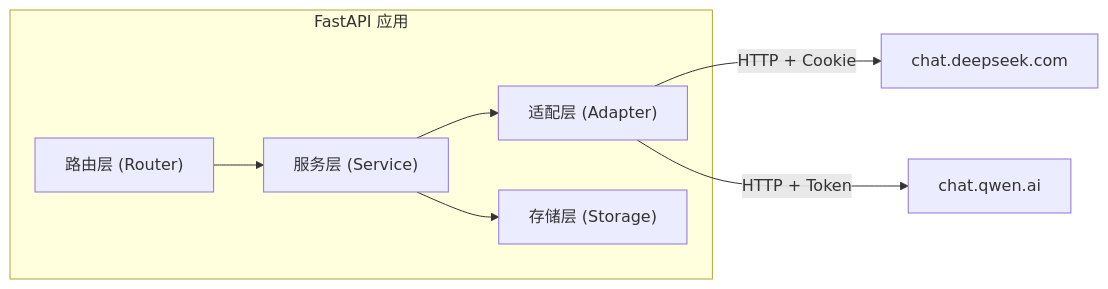
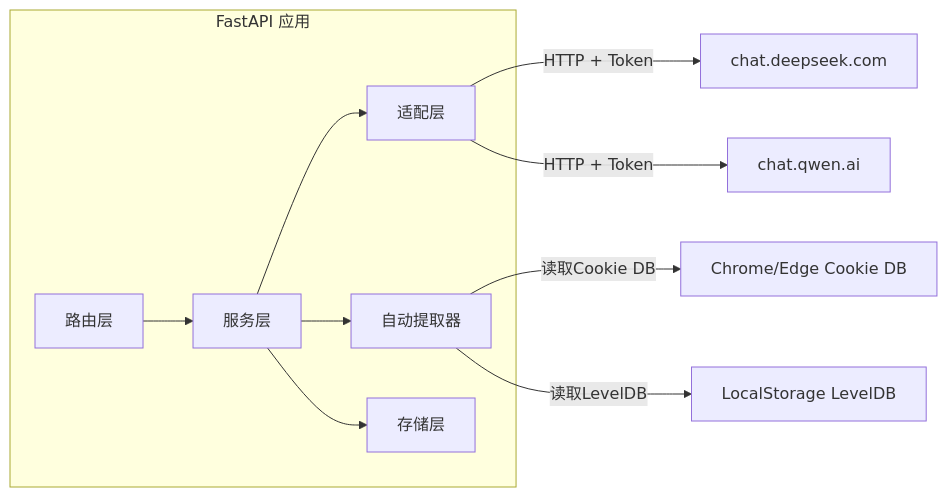
Before and after one commit to 46w57/CloudFlare-ImgBed: the second of 3 diagrams in zero-token-chat/.trae/documents/tech-arch.md, drawn with Mermaid. The commit also changed other lines of this file and 1 other file, not shown here.

````diff
--- a/zero-token-chat/.trae/documents/tech-arch.md
+++ b/zero-token-chat/.trae/documents/tech-arch.md
@@ -163,15 +172,19 @@
 ```mermaid
 graph LR
     subgraph "FastAPI 应用"
-        R["路由层 (Router)"]
-        S["服务层 (Service)"]
-        A["适配层 (Adapter)"]
-        ST["存储层 (Storage)"]
+        R["路由层"]
+        S["服务层"]
+        A["适配层"]
+        AE["自动提取器"]
+        ST["存储层"]
     end
 
     R --> S
     S --> A
+    S --> AE
     S --> ST
-    A -->|"HTTP + Cookie"| DSAPI["chat.deepseek.com"]
+    A -->|"HTTP + Token"| DSAPI["chat.deepseek.com"]
     A -->|"HTTP + Token"| QWAPI["chat.qwen.ai"]
+    AE -->|"读取Cookie DB"| CB["Chrome/Edge Cookie DB"]
+    AE -->|"读取LevelDB"| LS["LocalStorage LevelDB"]
 ```
````
